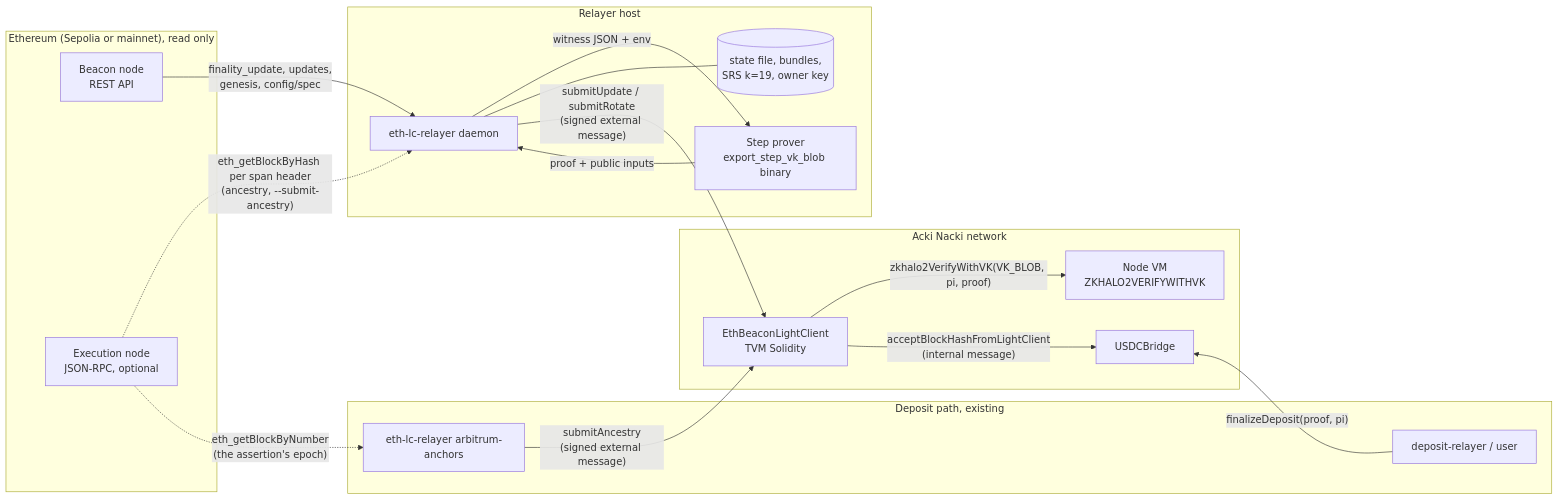
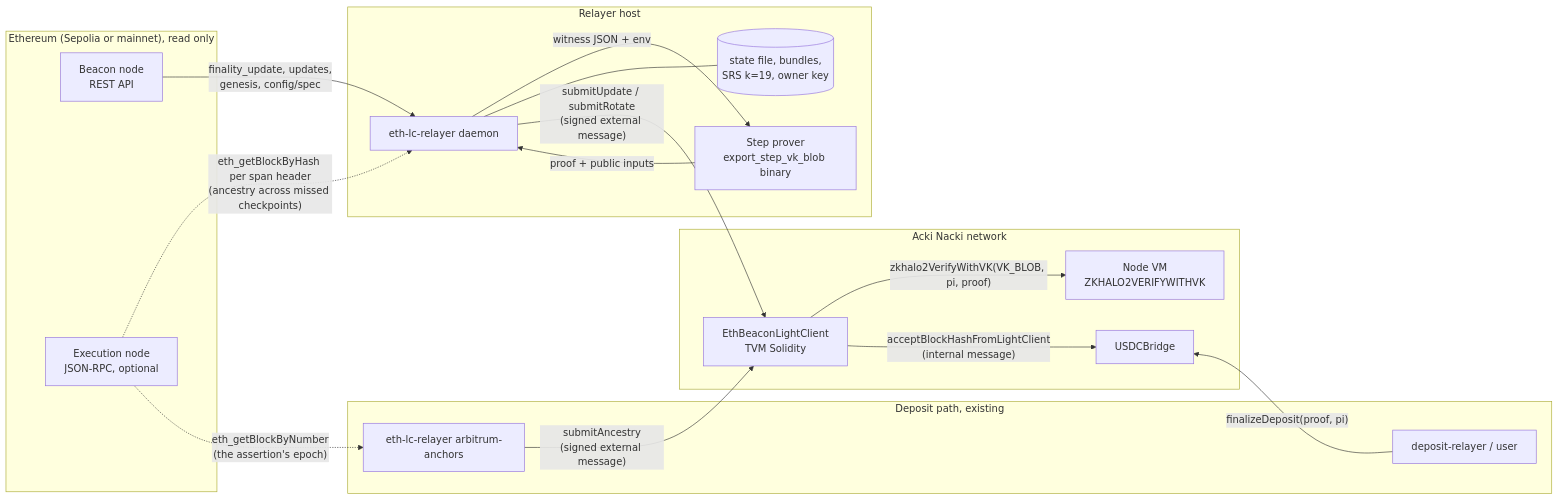
The first of 5 diagrams in docs/eth-light-client.md (gosh-sh/bridge), drawn with Mermaid before and after one commit. The commit also changed other lines of this file and 19 other files, not shown here.

````diff
--- a/docs/eth-light-client.md
+++ b/docs/eth-light-client.md
@@ -61,33 +61,33 @@
 ```mermaid
 flowchart LR
   subgraph ETH["Ethereum (Sepolia or mainnet), read only"]
     BN["Beacon node<br/>REST API"]
     EN["Execution node<br/>JSON-RPC, optional"]
   end
   subgraph RH["Relayer host"]
     D["eth-lc-relayer daemon"]
     P["Step prover<br/>export_step_vk_blob binary"]
     S[("state file, bundles,<br/>SRS k=19, owner key")]
   end
   subgraph AN["Acki Nacki network"]
     N["Node VM<br/>ZKHALO2VERIFYWITHVK"]
     LC["EthBeaconLightClient<br/>TVM Solidity"]
     UB["USDCBridge"]
   end
   subgraph DEP["Deposit path, existing"]
     DR["deposit-relayer / user"]
     AA["eth-lc-relayer arbitrum-anchors"]
   end
   BN -- "finality_update, updates,<br/>genesis, config/spec" --> D
-  EN -. "eth_getBlockByHash per span header<br/>(ancestry, --submit-ancestry)" .-> D
+  EN -. "eth_getBlockByHash per span header<br/>(ancestry across missed checkpoints)" .-> D
   D -- "witness JSON + env" --> P
   P -- "proof + public inputs" --> D
   D --- S
   D -- "submitUpdate / submitRotate<br/>(signed external message)" --> LC
   EN -. "eth_getBlockByNumber<br/>(the assertion's epoch)" .-> AA
   AA -- "submitAncestry<br/>(signed external message)" --> LC
   LC -- "zkhalo2VerifyWithVK(VK_BLOB, pi, proof)" --> N
   LC -- "acceptBlockHashFromLightClient<br/>(internal message)" --> UB
   UB ~~~ DR
   DR -- "finalizeDeposit(proof, pi)" --> UB
 ```
````
